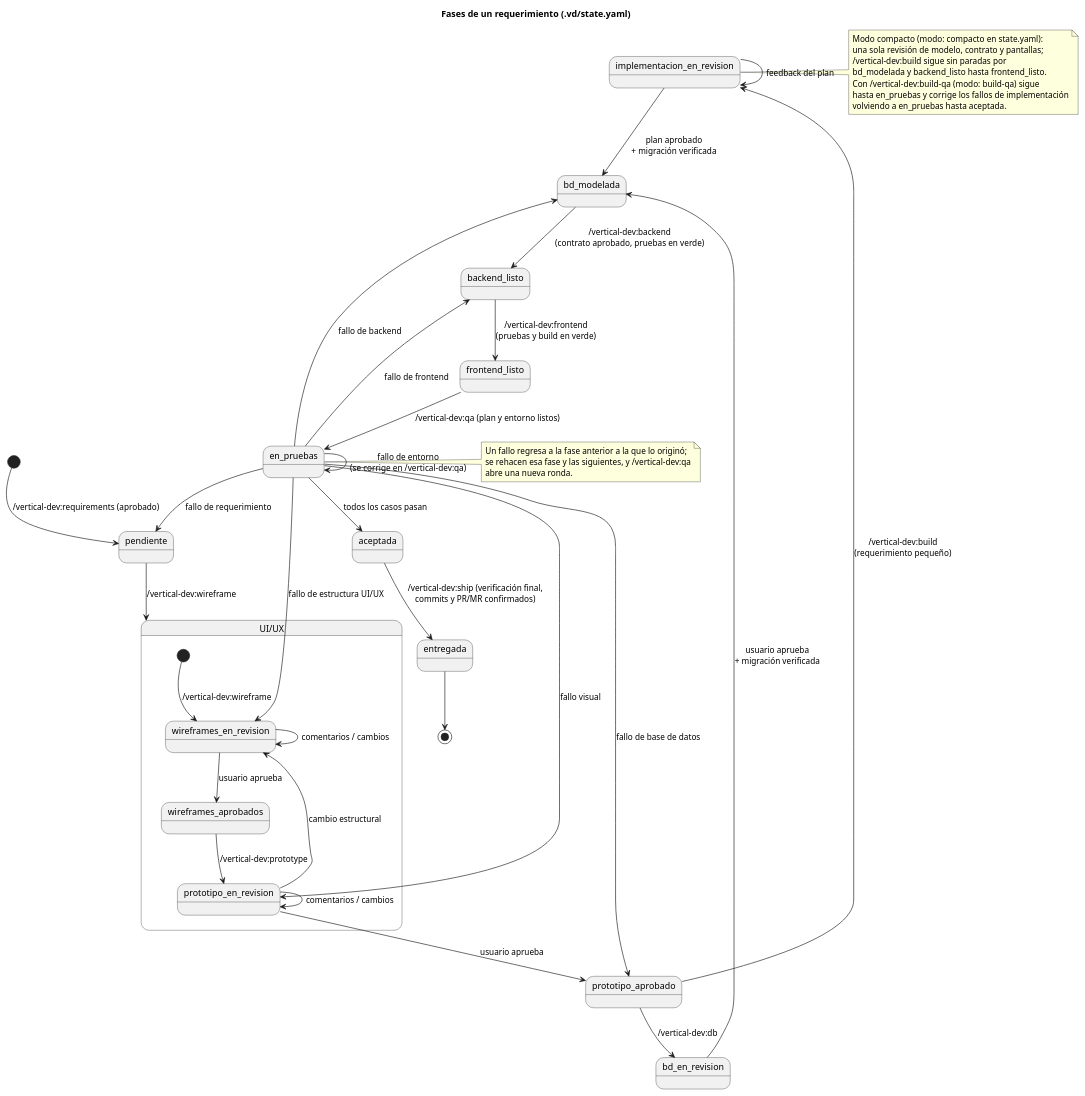
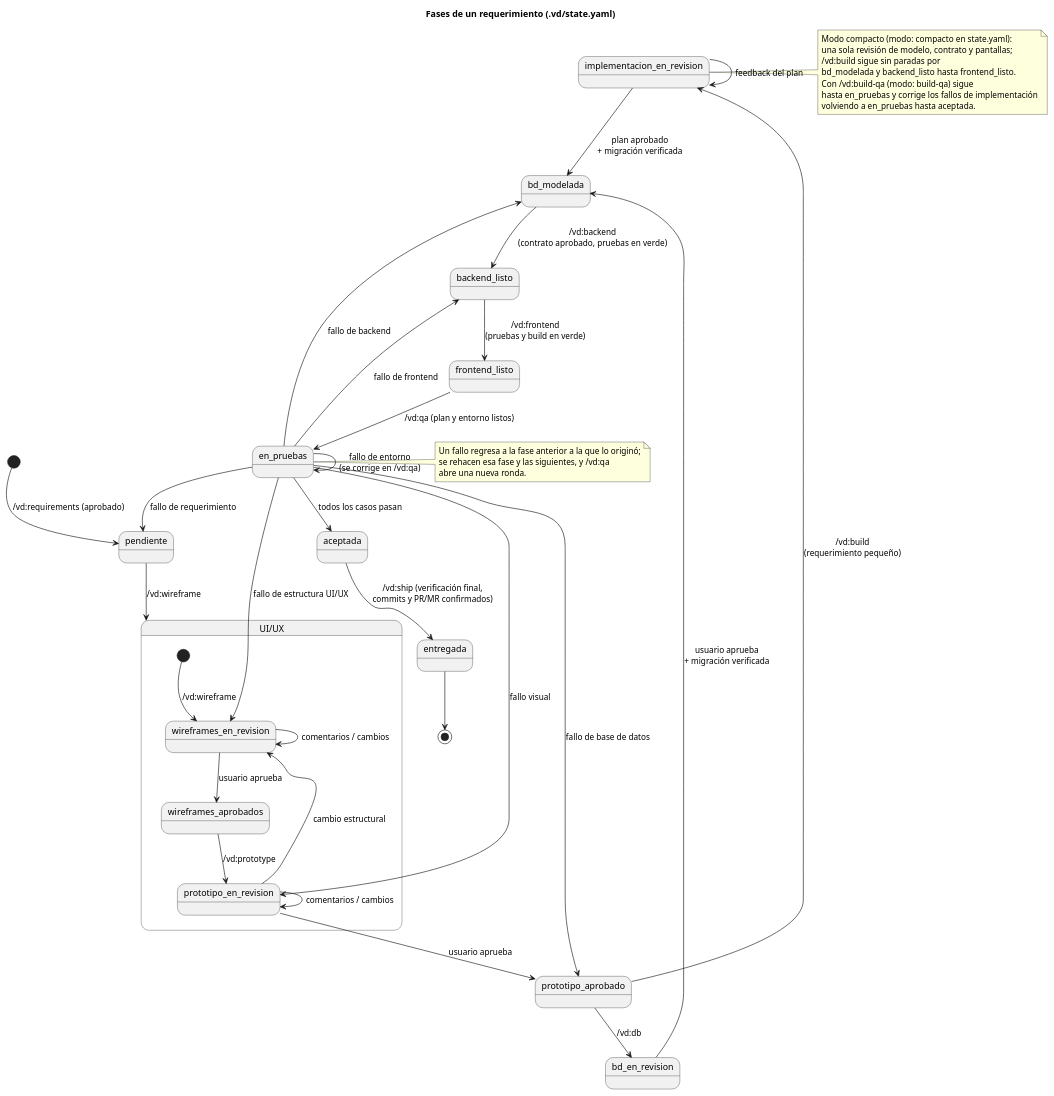
Before and after one commit to Antonioescp/ai-plugin-vertical-development: the diagram in docs/workflow/estados-funcionalidad.puml, drawn with PlantUML. The commit also changed 27 other files, not shown here.

```diff
--- a/docs/workflow/estados-funcionalidad.puml
+++ b/docs/workflow/estados-funcionalidad.puml
@@ -1,58 +1,58 @@
 @startuml estados-funcionalidad
 title Fases de un requerimiento (.vd/state.yaml)
 
-[*] --> pendiente : /vertical-dev:requirements (aprobado)
+[*] --> pendiente : /vd:requirements (aprobado)
 
 state "UI/UX" as ux {
   state wireframes_en_revision
   state wireframes_aprobados
   state prototipo_en_revision
-  [*] --> wireframes_en_revision : /vertical-dev:wireframe
+  [*] --> wireframes_en_revision : /vd:wireframe
   wireframes_en_revision --> wireframes_en_revision : comentarios / cambios
   wireframes_en_revision --> wireframes_aprobados : usuario aprueba
-  wireframes_aprobados --> prototipo_en_revision : /vertical-dev:prototype
+  wireframes_aprobados --> prototipo_en_revision : /vd:prototype
   prototipo_en_revision --> prototipo_en_revision : comentarios / cambios
   prototipo_en_revision --> wireframes_en_revision : cambio estructural
 }
 
-pendiente --> ux : /vertical-dev:wireframe
+pendiente --> ux : /vd:wireframe
 prototipo_en_revision --> prototipo_aprobado : usuario aprueba
-prototipo_aprobado --> bd_en_revision : /vertical-dev:db
+prototipo_aprobado --> bd_en_revision : /vd:db
 bd_en_revision --> bd_modelada : usuario aprueba\n+ migración verificada
-bd_modelada --> backend_listo : /vertical-dev:backend\n(contrato aprobado, pruebas en verde)
-backend_listo --> frontend_listo : /vertical-dev:frontend\n(pruebas y build en verde)
-frontend_listo --> en_pruebas : /vertical-dev:qa (plan y entorno listos)
+bd_modelada --> backend_listo : /vd:backend\n(contrato aprobado, pruebas en verde)
+backend_listo --> frontend_listo : /vd:frontend\n(pruebas y build en verde)
+frontend_listo --> en_pruebas : /vd:qa (plan y entorno listos)
 
-prototipo_aprobado --> implementacion_en_revision : /vertical-dev:build\n(requerimiento pequeño)
+prototipo_aprobado --> implementacion_en_revision : /vd:build\n(requerimiento pequeño)
 implementacion_en_revision --> implementacion_en_revision : feedback del plan
 implementacion_en_revision --> bd_modelada : plan aprobado\n+ migración verificada
 
 note right of implementacion_en_revision
   Modo compacto (modo: compacto en state.yaml):
   una sola revisión de modelo, contrato y pantallas;
-  /vertical-dev:build sigue sin paradas por
+  /vd:build sigue sin paradas por
   bd_modelada y backend_listo hasta frontend_listo.
-  Con /vertical-dev:build-qa (modo: build-qa) sigue
+  Con /vd:build-qa (modo: build-qa) sigue
   hasta en_pruebas y corrige los fallos de implementación
   volviendo a en_pruebas hasta aceptada.
 end note
 
 en_pruebas --> aceptada : todos los casos pasan
-en_pruebas --> en_pruebas : fallo de entorno\n(se corrige en /vertical-dev:qa)
+en_pruebas --> en_pruebas : fallo de entorno\n(se corrige en /vd:qa)
 en_pruebas --> pendiente : fallo de requerimiento
 en_pruebas --> wireframes_en_revision : fallo de estructura UI/UX
 en_pruebas --> prototipo_en_revision : fallo visual
 en_pruebas --> prototipo_aprobado : fallo de base de datos
 en_pruebas --> bd_modelada : fallo de backend
 en_pruebas --> backend_listo : fallo de frontend
 
-aceptada --> entregada : /vertical-dev:ship (verificación final,\ncommits y PR/MR confirmados)
+aceptada --> entregada : /vd:ship (verificación final,\ncommits y PR/MR confirmados)
 entregada --> [*]
 
 note right of en_pruebas
   Un fallo regresa a la fase anterior a la que lo originó;
-  se rehacen esa fase y las siguientes, y /vertical-dev:qa
+  se rehacen esa fase y las siguientes, y /vd:qa
   abre una nueva ronda.
 end note
 
 @enduml
```
